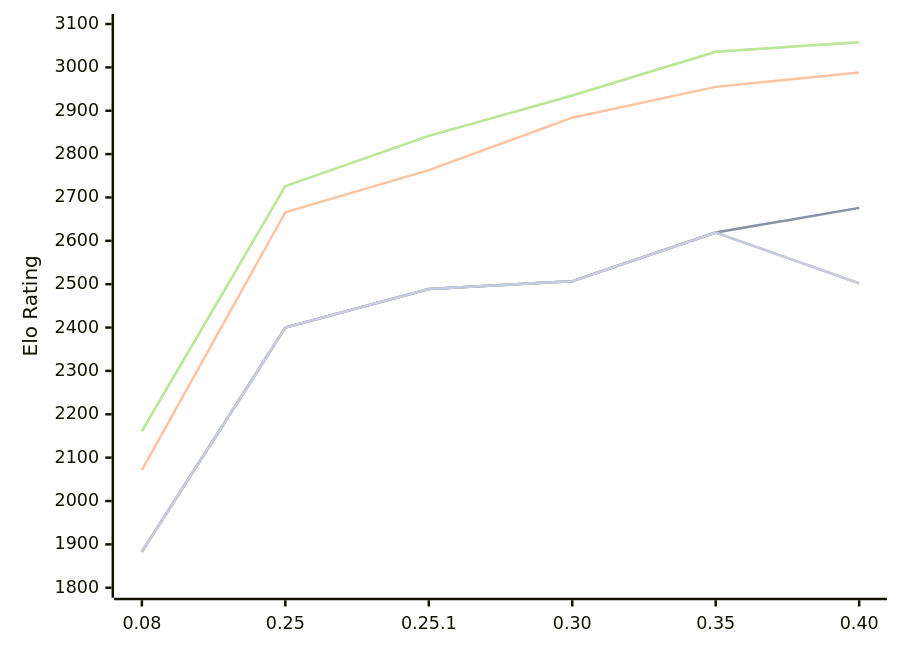
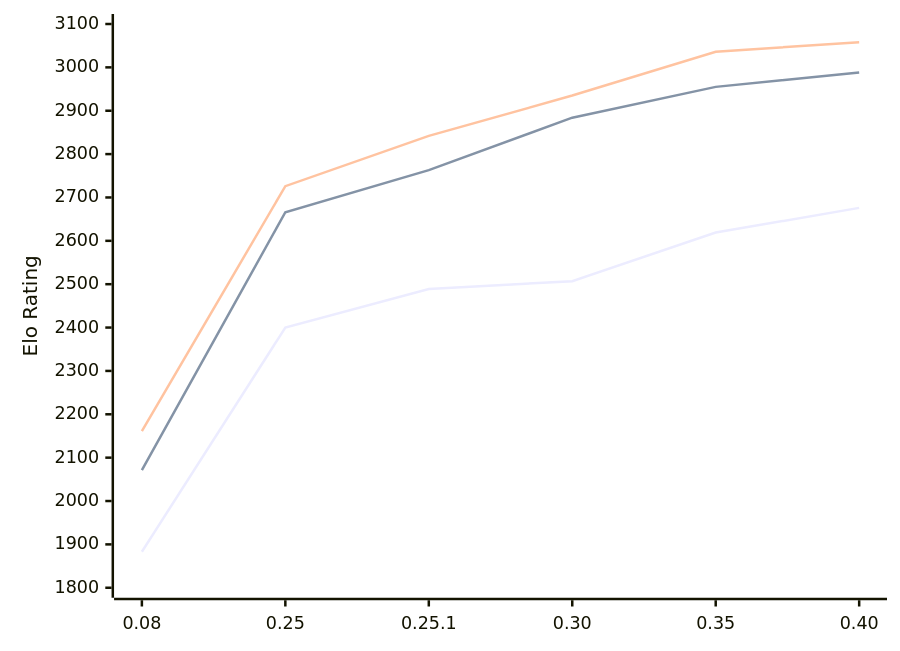
One commit to computer-chess-index/cci changed the diagram in engines/Gecko.md. Above: the diagram before and after it, drawn with Mermaid. The commit also changed other lines of this file, not shown here.

````diff
--- a/engines/Gecko.md
+++ b/engines/Gecko.md
@@ -52,13 +52,9 @@
 ```mermaid
 %%{init: {"theme":"base","themeVariables":{"seriesColors:['#a3a3a3','#222221','#faa371']}}}%%
 xychart-beta
   x-axis ["0.08", "0.25", "0.25.1", "0.30", "0.35", "0.40"]
   y-axis "Elo Rating" 1800 --> 3100
-  line "" [1883, 2400, 2489, 2507, 2619, 2676]
   line "T1: STC (8.0+0.08s)" [1883, 2400, 2489, 2507, 2619, 2676]
   line "T1: LTC (60.0+0.60s)" [2071, 2666, 2763, 2884, 2955, 2988]
-  line "" [2161, 2726, 2842, 2935, 3036, 3058]
   line "T1: VLTC (2m24s+1.12s)" [2161, 2726, 2842, 2935, 3036, 3058]
-  line "" [1883, 2400, 2489, 2507, 2619,2502]
-  line "E1: STC (8.0+0.08s)" [1883, 2400, 2489, 2507, 2619,2502]
 ```
````
